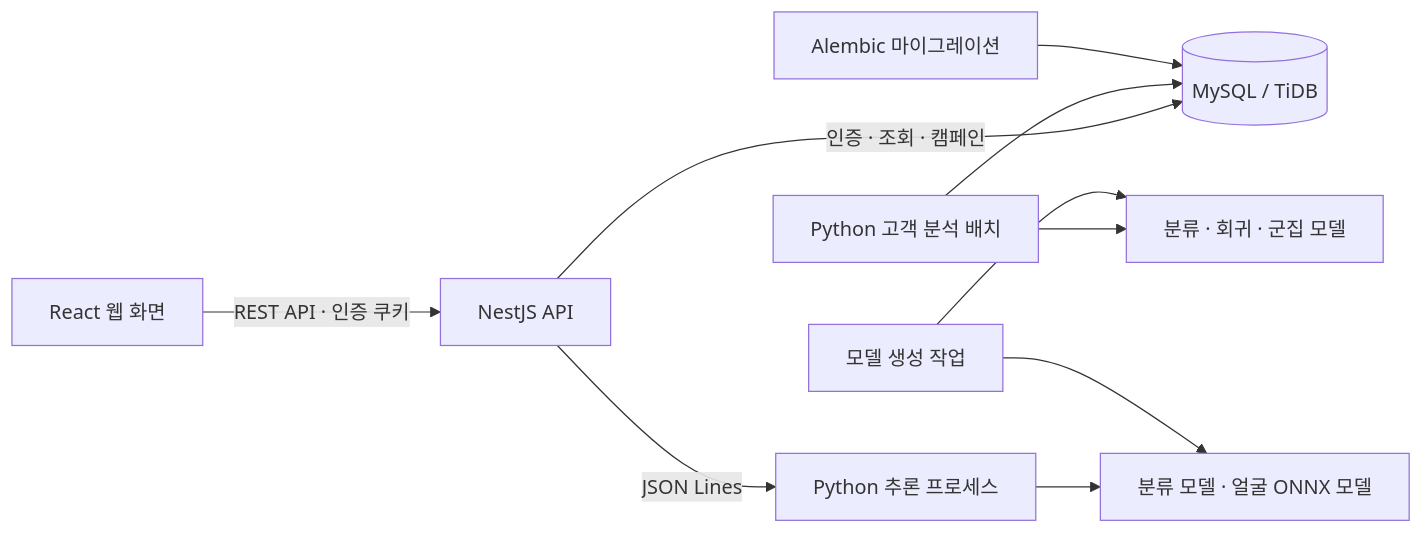
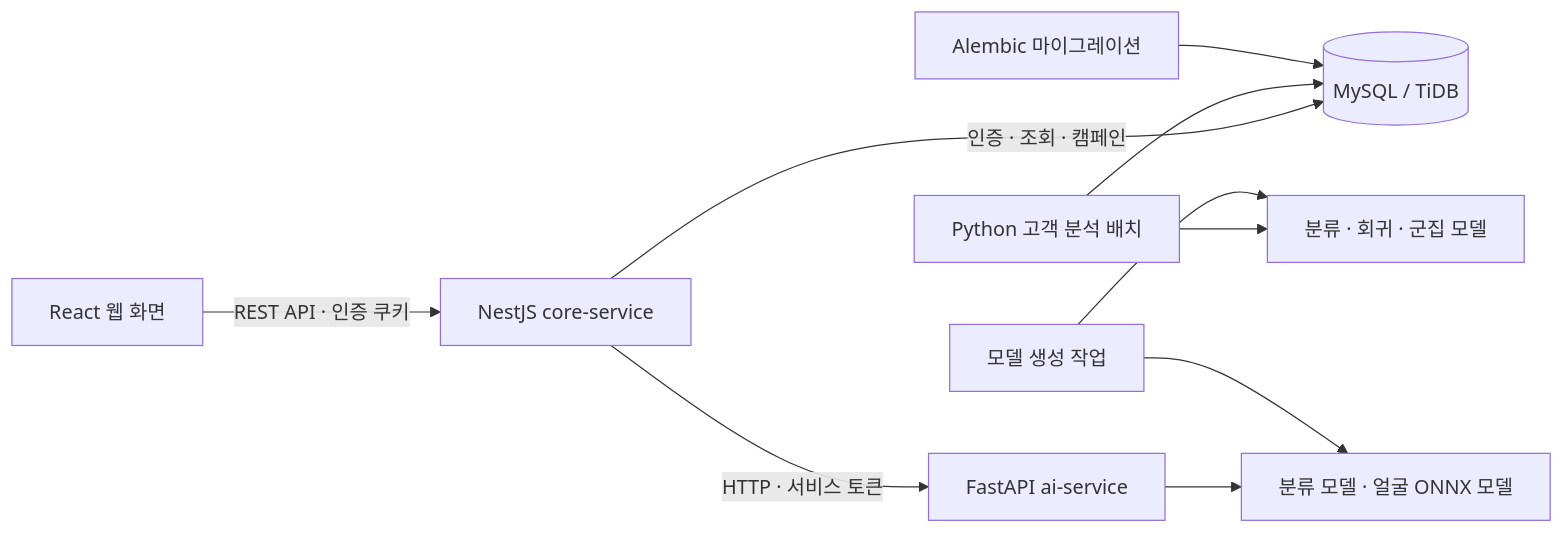
One commit to ilil1/Cardops changed the diagram in README.md. Above: the diagram before and after it, drawn with Mermaid. The commit also changed other lines of this file and 216 other files, not shown here.

First line of the commit message:
백엔드를 Core·AI 서비스로 분리하고 NestJS 레이어드 아키텍처 적용

````diff
--- a/README.md
+++ b/README.md
@@ -71,12 +71,12 @@
 ```mermaid
 flowchart LR
-    Web[React 웹 화면] -->|REST API · 인증 쿠키| API[NestJS API]
+    Web[React 웹 화면] -->|REST API · 인증 쿠키| API[NestJS core-service]
     API -->|인증 · 조회 · 캠페인| DB[(MySQL / TiDB)]
-    API -->|JSON Lines| Worker[Python 추론 프로세스]
+    API -->|HTTP · 서비스 토큰| Worker[FastAPI ai-service]
     Worker --> Models[분류 모델 · 얼굴 ONNX 모델]
     Batch[Python 고객 분석 배치] --> Analysis[분류 · 회귀 · 군집 모델]
     Batch --> DB
     Migration[Alembic 마이그레이션] --> DB
     Builder[모델 생성 작업] --> Models
     Builder --> Analysis
 ```
````
